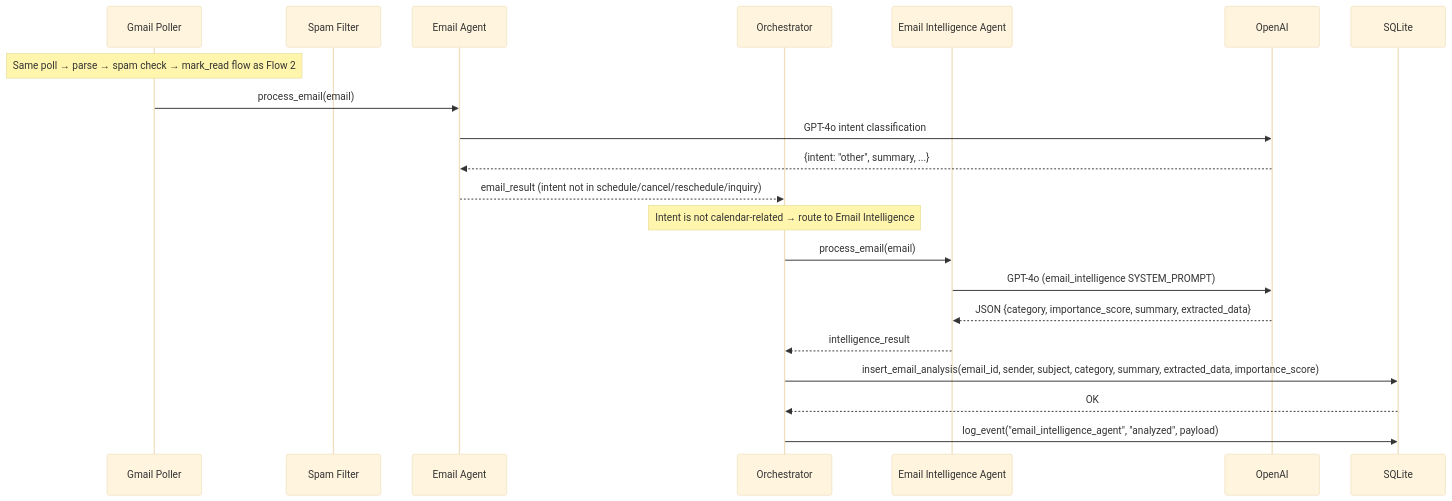
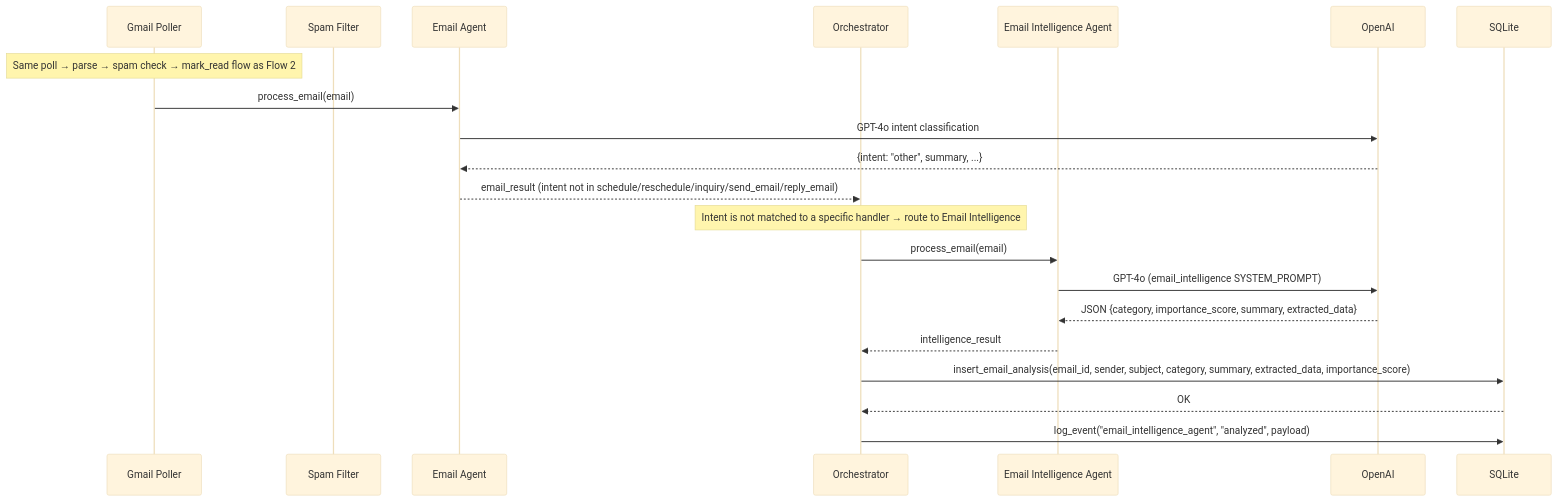
One commit to ngvann1110/email_scheduler_ai changed diagram 11 of 12 in docs/architecture_overview.md. Above: the diagram before and after it, drawn with Mermaid (base theme). The commit also changed other lines of this file and 18 other files, not shown here.

````diff
--- a/docs/architecture_overview.md
+++ b/docs/architecture_overview.md
@@ -575,29 +567,29 @@
 ```mermaid
 sequenceDiagram
     participant Poller as Gmail Poller
     participant Spam as Spam Filter
     participant EmailA as Email Agent
     participant Orchestrator
     participant IntelA as Email Intelligence Agent
     participant OpenAI
     participant SQLite
 
     Note over Poller: Same poll → parse → spam check → mark_read flow as Flow 2
 
     Poller->>EmailA: process_email(email)
     EmailA->>OpenAI: GPT-4o intent classification
     OpenAI-->>EmailA: {intent: "other", summary, ...}
-    EmailA-->>Orchestrator: email_result (intent not in schedule/cancel/reschedule/inquiry)
+    EmailA-->>Orchestrator: email_result (intent not in schedule/reschedule/inquiry/send_email/reply_email)
 
-    Note over Orchestrator: Intent is not calendar-related → route to Email Intelligence
+    Note over Orchestrator: Intent is not matched to a specific handler → route to Email Intelligence
 
     Orchestrator->>IntelA: process_email(email)
     IntelA->>OpenAI: GPT-4o (email_intelligence SYSTEM_PROMPT)
     OpenAI-->>IntelA: JSON {category, importance_score, summary, extracted_data}
     IntelA-->>Orchestrator: intelligence_result
 
     Orchestrator->>SQLite: insert_email_analysis(email_id, sender, subject, category, summary, extracted_data, importance_score)
     SQLite-->>Orchestrator: OK
 
     Orchestrator->>SQLite: log_event("email_intelligence_agent", "analyzed", payload)
 ```
````
